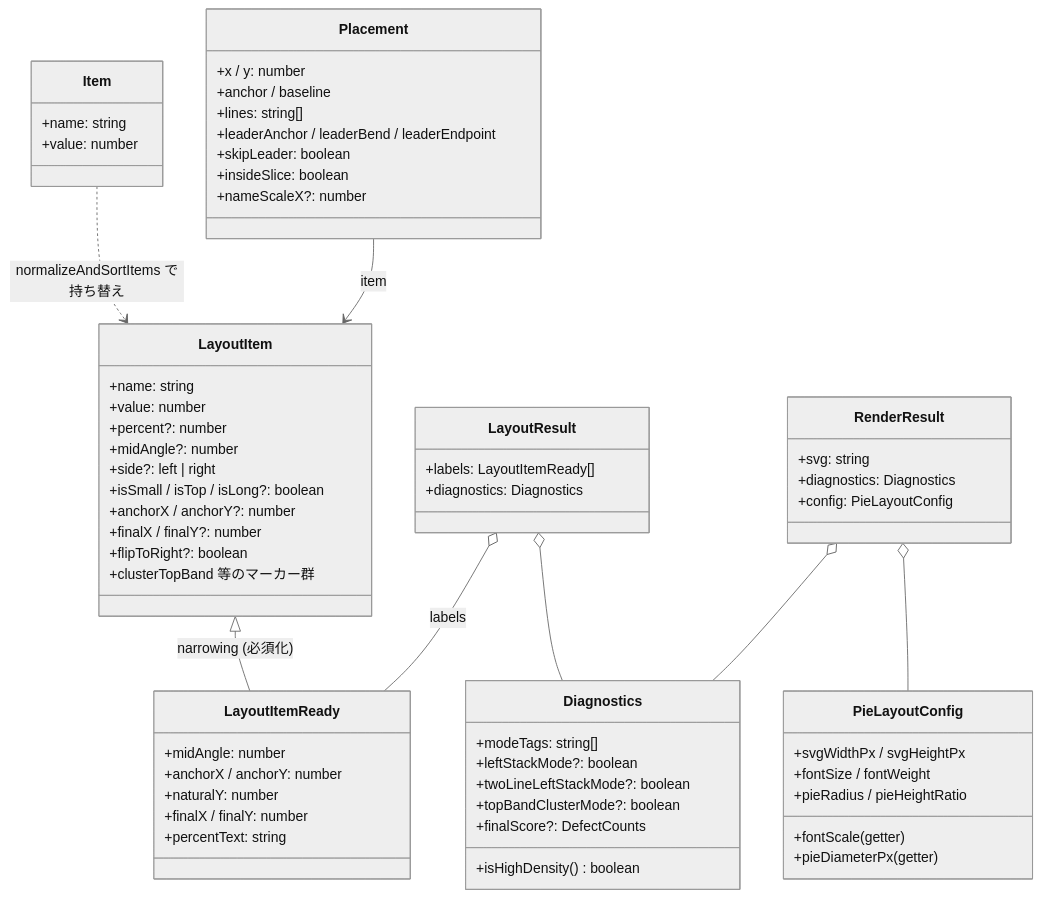
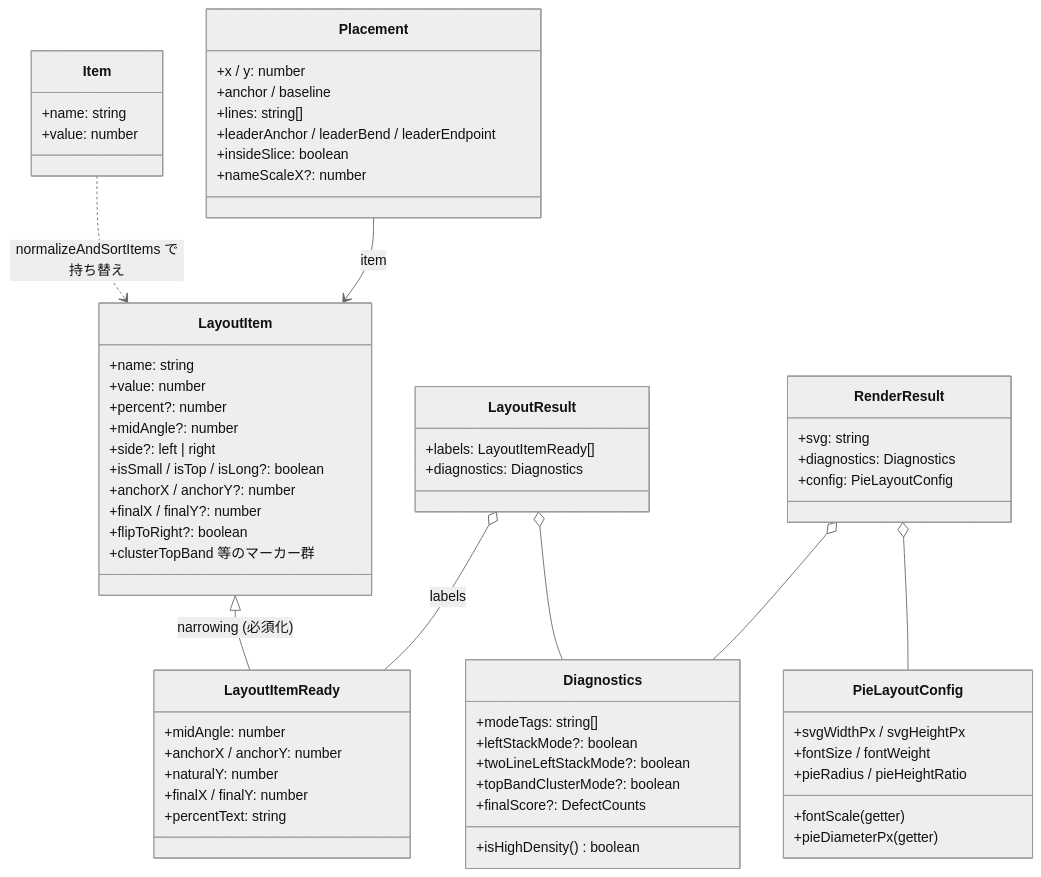
The second of 4 diagrams in docs/pie-chart/src/設計書.md (koichi-araki-0801/workspace), drawn with Mermaid (neutral theme) before and after one commit. The commit also changed other lines of this file and 936 other files, not shown here.

````diff
--- a/docs/pie-chart/src/設計書.md
+++ b/docs/pie-chart/src/設計書.md
@@ -174,66 +175,65 @@
 ```mermaid
 classDiagram
   class Item {
     +name: string
     +value: number
   }
   class LayoutItem {
     +name: string
     +value: number
     +percent?: number
     +midAngle?: number
     +side?: left | right
     +isSmall / isTop / isLong?: boolean
     +anchorX / anchorY?: number
     +finalX / finalY?: number
     +flipToRight?: boolean
     +clusterTopBand 等のマーカー群
   }
   class LayoutItemReady {
     +midAngle: number
     +anchorX / anchorY: number
     +naturalY: number
     +finalX / finalY: number
     +percentText: string
   }
   class Diagnostics {
     +modeTags: string[]
     +isHighDensity() boolean
     +leftStackMode?: boolean
     +twoLineLeftStackMode?: boolean
     +topBandClusterMode?: boolean
     +finalScore?: DefectCounts
   }
   class Placement {
     +x / y: number
     +anchor / baseline
     +lines: string[]
     +leaderAnchor / leaderBend / leaderEndpoint
-    +skipLeader: boolean
     +insideSlice: boolean
     +nameScaleX?: number
   }
   class PieLayoutConfig {
     +svgWidthPx / svgHeightPx
     +fontSize / fontWeight
     +pieRadius / pieHeightRatio
     +fontScale (getter)
     +pieDiameterPx (getter)
   }
   class LayoutResult {
     +labels: LayoutItemReady[]
     +diagnostics: Diagnostics
   }
   class RenderResult {
     +svg: string
     +diagnostics: Diagnostics
     +config: PieLayoutConfig
   }
   Item ..> LayoutItem : normalizeAndSortItems で持ち替え
   LayoutItem <|-- LayoutItemReady : narrowing (必須化)
   LayoutResult o-- LayoutItemReady : labels
   LayoutResult o-- Diagnostics
   Placement --> LayoutItem : item
   RenderResult o-- Diagnostics
   RenderResult o-- PieLayoutConfig
 ```
````
